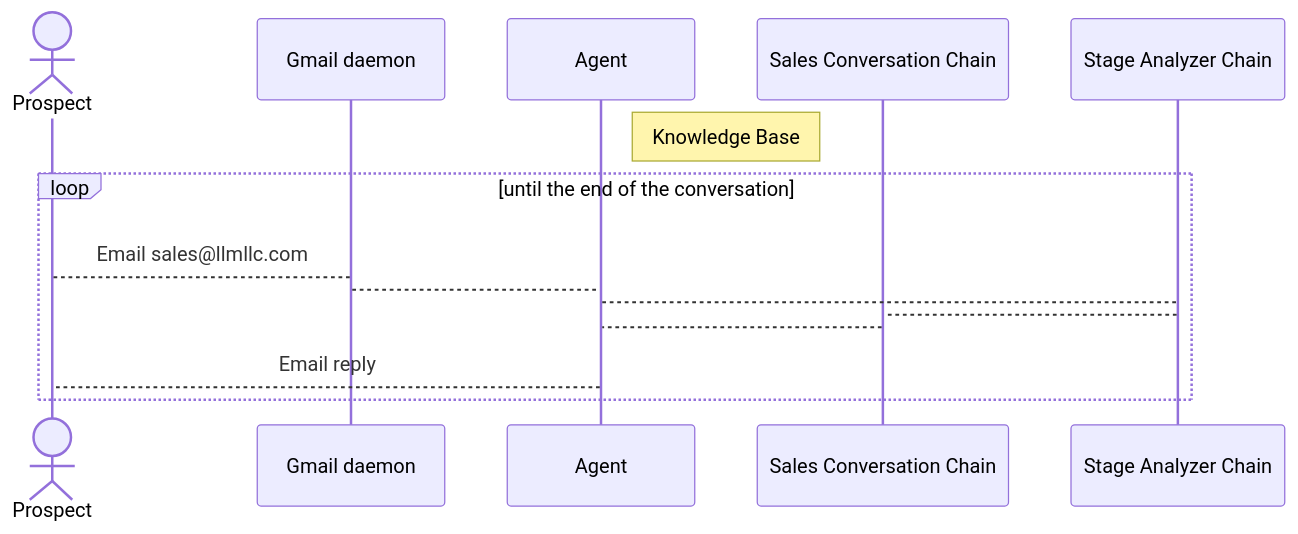
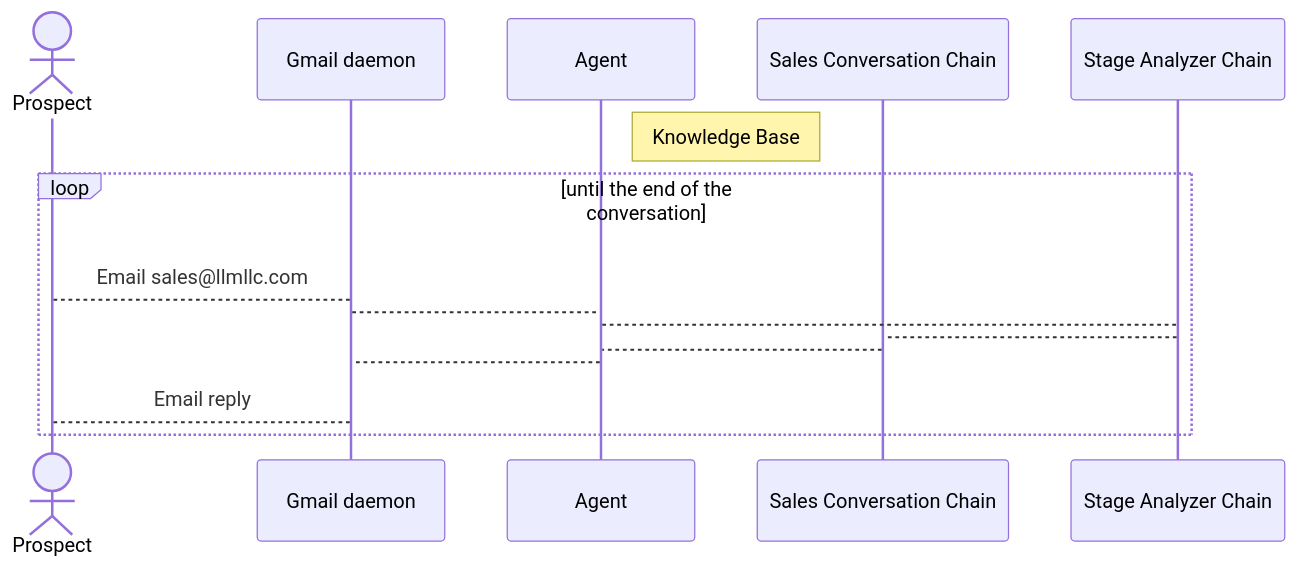
One commit to mitmedialab/Generative-Autonomous-Legal-Entities changed the diagram in sales-agent/README.md. Above: the diagram before and after it, drawn with Mermaid. The commit also changed other lines of this file and 1 other file, not shown here.

Commit message:
Fix dependencies

````diff
--- a/sales-agent/README.md
+++ b/sales-agent/README.md
@@ -5,23 +5,24 @@
 ```mermaid
 
 
 sequenceDiagram
     actor P as Prospect
     participant E as Gmail daemon
     participant A as Agent
     participant S as Sales Conversation Chain
     participant SA as Stage Analyzer Chain
 
     Note right of A: Knowledge Base
 
     loop until the end of the conversation
         P-->E: Email sales@llmllc.com
         E-->A: 
         A-->SA: 
         SA-->S: 
         S-->A: 
-        A-->P: Email reply
+        A-->E:  
+        E-->P: Email reply
     end
 
 
 ```
````
